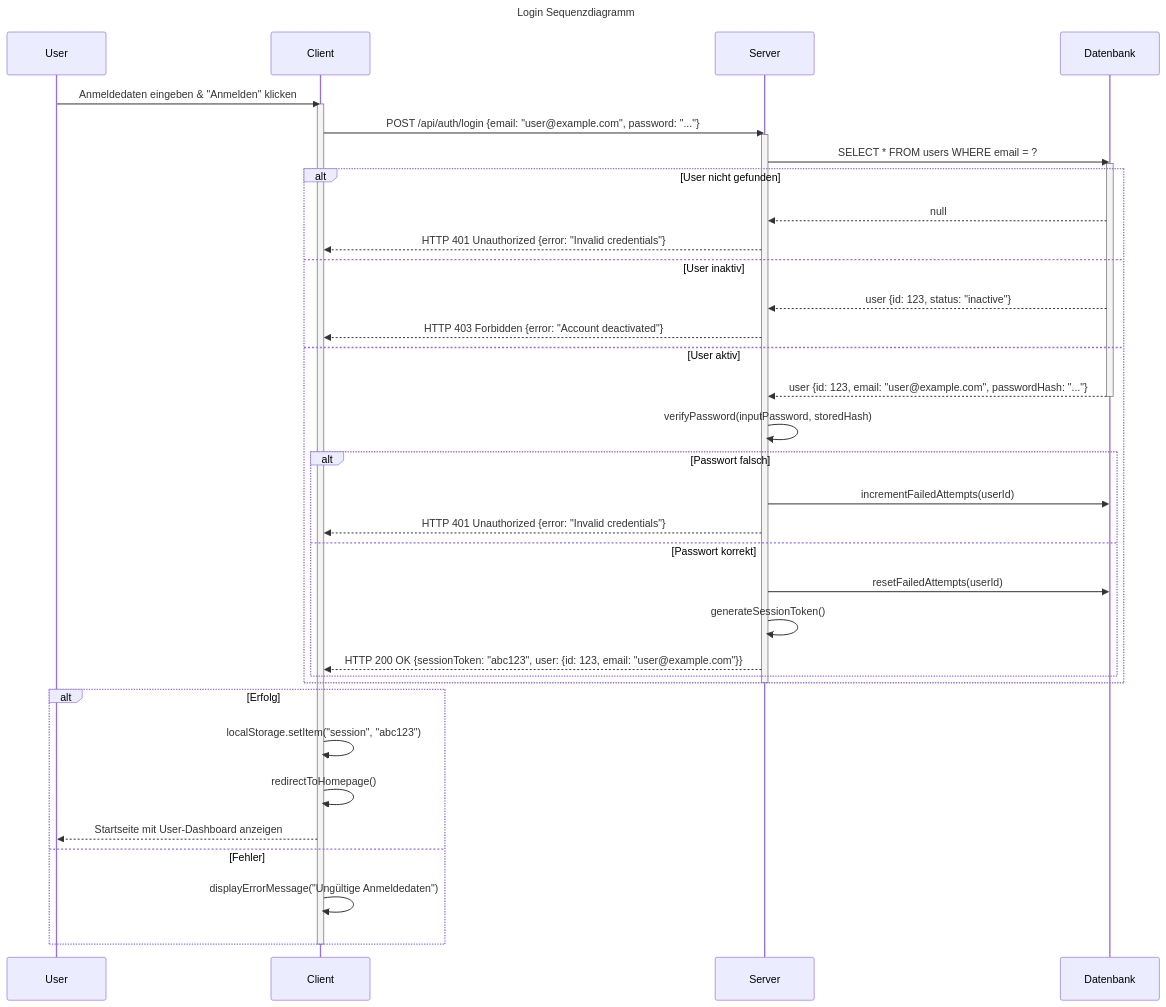
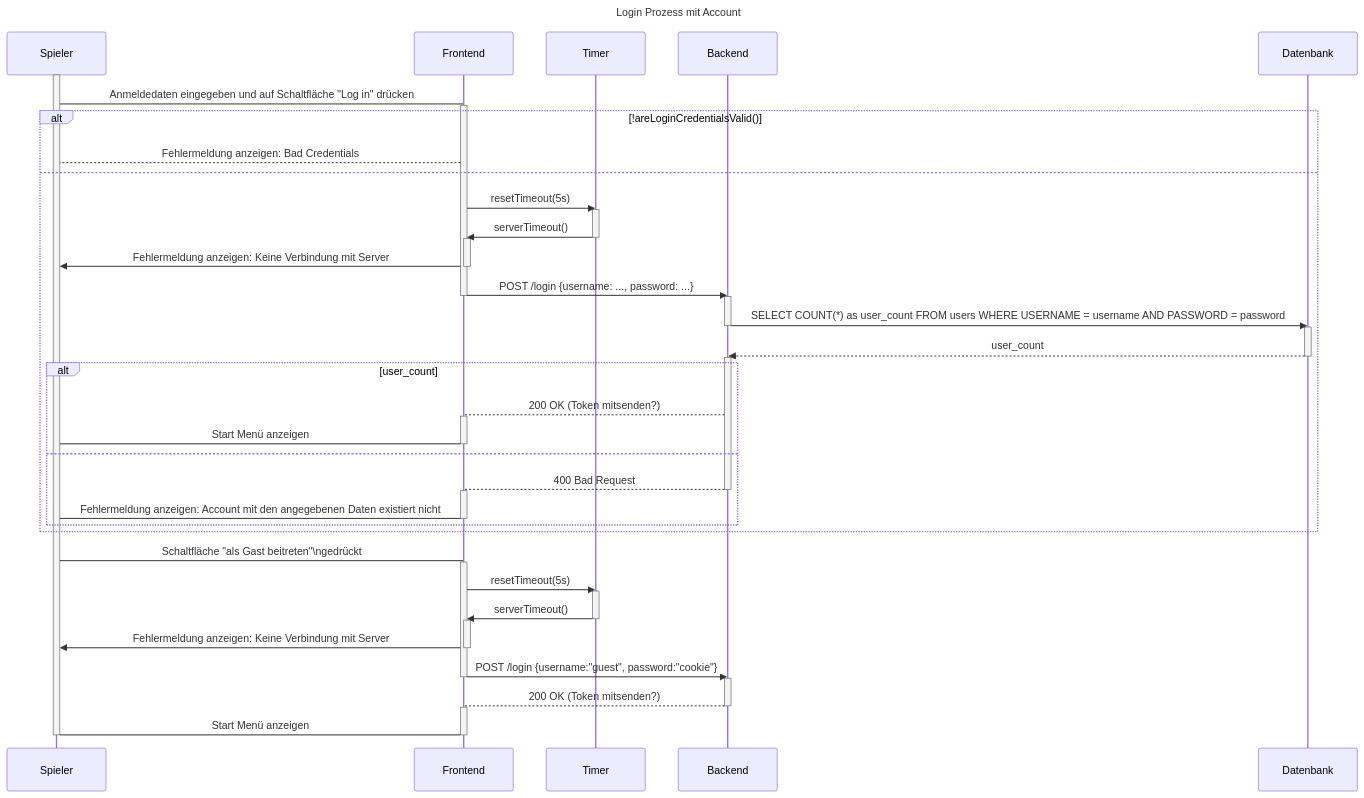
The first of 2 diagrams in srs/account_management/login/login.md (Hexfields-Studio/HexfieldsDominion-Artefacts), drawn with Mermaid before and after one commit.

Commit message:
Sequenzdiagram zu Aktivitätsdiagram

````diff
--- a/srs/account_management/login/login.md
+++ b/srs/account_management/login/login.md
@@ -29,49 +29,71 @@
 ```mermaid
 sequenceDiagram
-    title Login Sequenzdiagramm
+# Login Sequence Diagram
 
-    participant User
-    participant Client
-    participant Server
-    participant Datenbank
+title Login Prozess mit Account
 
-    User->>Client: Anmeldedaten eingeben & "Anmelden" klicken
-    activate Client
-    
-    Client->>Server: POST /api/auth/login {email: "user@example.com", password: "..."}
-    activate Server
-    
-    Server->>Datenbank: SELECT * FROM users WHERE email = ?
-    activate Datenbank
-    
-    alt User nicht gefunden
-        Datenbank-->>Server: null
-        Server-->>Client: HTTP 401 Unauthorized {error: "Invalid credentials"}
-    else User inaktiv
-        Datenbank-->>Server: user {id: 123, status: "inactive"}
-        Server-->>Client: HTTP 403 Forbidden {error: "Account deactivated"}
-    else User aktiv
-        Datenbank-->>Server: user {id: 123, email: "user@example.com", passwordHash: "..."}
-        deactivate Datenbank
-        
-        Server->>Server: verifyPassword(inputPassword, storedHash)
-        alt Passwort falsch
-            Server->>Datenbank: incrementFailedAttempts(userId)
-            Server-->>Client: HTTP 401 Unauthorized {error: "Invalid credentials"}
-        else Passwort korrekt
-            Server->>Datenbank: resetFailedAttempts(userId)
-            Server->>Server: generateSessionToken()
-            Server-->>Client: HTTP 200 OK {sessionToken: "abc123", user: {id: 123, email: "user@example.com"}}
-        end
-    end
-    deactivate Server
-    
-    alt Erfolg
-        Client->>Client: localStorage.setItem("session", "abc123")
-        Client->>Client: redirectToHomepage()
-        Client-->>User: Startseite mit User-Dashboard anzeigen
-    else Fehler
-        Client->>Client: displayErrorMessage("Ungültige Anmeldedaten")
-    end
-    deactivate Client
+participant Spieler
+participant Frontend
+participant Timer
+participant Backend
+participant Datenbank
+
+activate Spieler
+Spieler->Frontend:Anmeldedaten eingegeben und auf Schaltfläche "Log in" drücken
+activate Frontend
+alt !areLoginCredentialsValid()
+Frontend-->Spieler:Fehlermeldung anzeigen: Bad Credentials
+else 
+Frontend->>Timer: resetTimeout(5s)
+activate Timer
+  Timer->>Frontend: serverTimeout()
+deactivate Timer
+activate Frontend
+  Frontend->>Spieler: Fehlermeldung anzeigen: Keine Verbindung mit Server
+deactivate Frontend
+
+Frontend->>Backend:POST /login {username: ..., password: ...}
+deactivate Frontend
+activate Backend
+  Backend->>Datenbank:SELECT COUNT(*) as user_count FROM users WHERE USERNAME = username AND PASSWORD = password;
+deactivate Backend
+activate Datenbank
+
+
+Datenbank-->>Backend:user_count
+deactivate Datenbank
+activate Backend
+alt user_count
+Backend-->Frontend:200 OK (Token mitsenden?)
+activate Frontend
+  Frontend->Spieler:Start Menü anzeigen
+deactivate Frontend
+else
+Backend-->Frontend:400 Bad Request
+deactivate Backend
+activate Frontend
+Frontend->Spieler:Fehlermeldung anzeigen: Account mit den angegebenen Daten existiert nicht
+deactivate Frontend
+
+end
+end
+
+Spieler->Frontend:Schaltfläche "als Gast beitreten"\ngedrückt
+activate Frontend
+  Frontend->>Timer: resetTimeout(5s)
+  activate Timer
+    Timer->>Frontend: serverTimeout()
+  deactivate Timer
+  activate Frontend
+    Frontend->>Spieler: Fehlermeldung anzeigen: Keine Verbindung mit Server
+  deactivate Frontend
+  Frontend->>Backend:POST /login {username:"guest", password:"cookie"}
+  deactivate Frontend
+  activate Backend
+    Backend-->Frontend: 200 OK (Token mitsenden?)
+  deactivate Backend
+  activate Frontend
+  Frontend->Spieler: Start Menü anzeigen
+  deactivate Frontend
+deactivate Spieler
 ```
````
